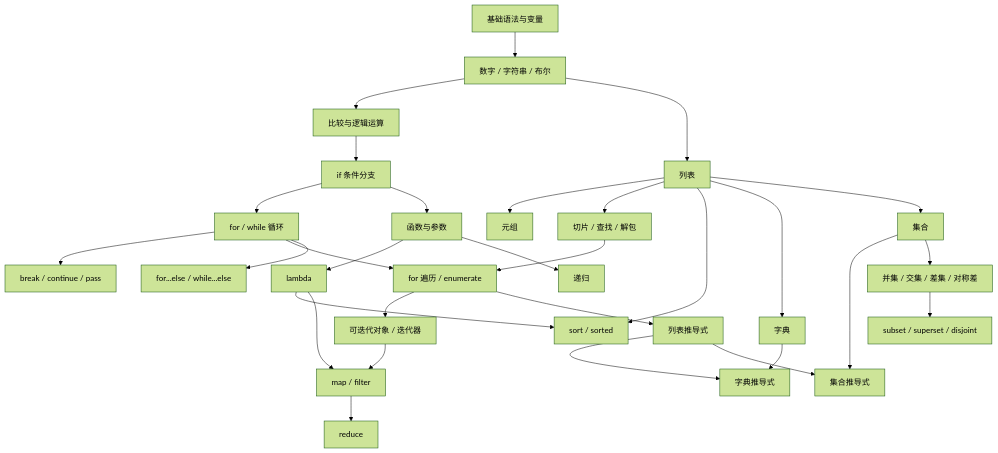
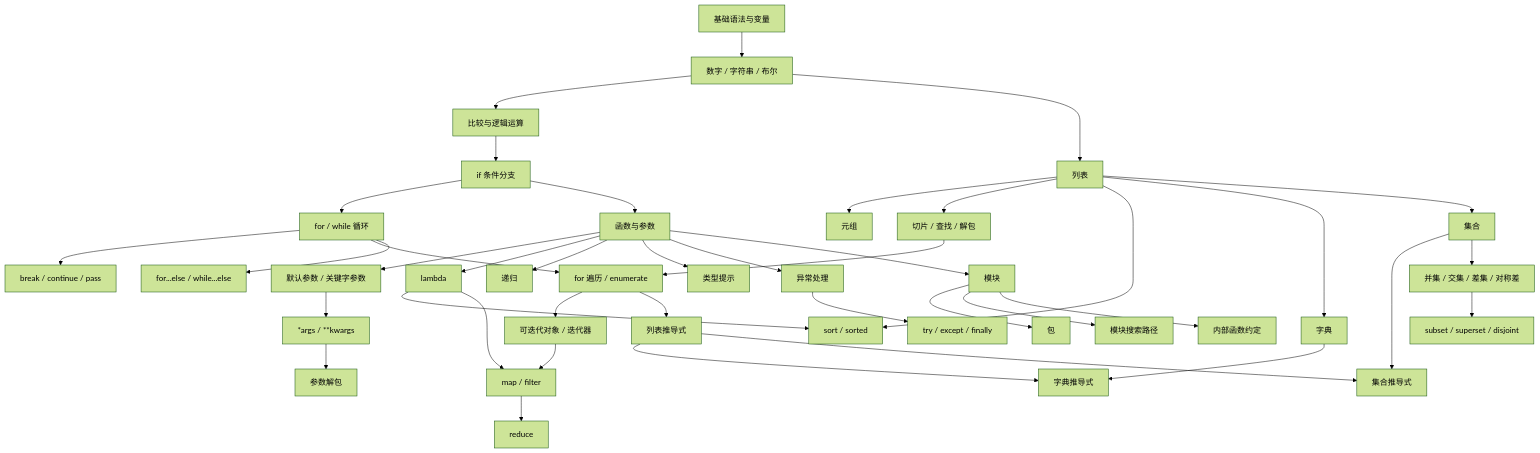
One commit to sakura1tap-afk/ailearn changed the diagram in 01 Python知识图谱.md. Above: the diagram before and after it, drawn with Mermaid (forest theme). The commit also changed other lines of this file, not shown here.

Commit message:
docs: extend knowledge map to Day05

````diff
--- a/01 Python知识图谱.md
+++ b/01 Python知识图谱.md
@@ -12,38 +12,50 @@
 ```mermaid
 flowchart TD
     A[基础语法与变量] --> B[数字 / 字符串 / 布尔]
     B --> C[比较与逻辑运算]
     C --> D[if 条件分支]
     D --> E[for / while 循环]
     E --> F[break / continue / pass]
 
     D --> G[函数与参数]
-    G --> H[lambda]
-    G --> I[递归]
+    G --> H[默认参数 / 关键字参数]
+    H --> I[*args / **kwargs]
+    I --> J[参数解包]
+    G --> K[lambda]
+    G --> L[递归]
+    G --> M[类型提示]
 
-    B --> J[列表]
-    J --> K[元组]
-    J --> L[切片 / 查找 / 解包]
-    E --> M[for 遍历 / enumerate]
-    L --> M
-    M --> N[可迭代对象 / 迭代器]
+    B --> N[列表]
+    N --> O[元组]
+    N --> P[切片 / 查找 / 解包]
+    E --> Q[for 遍历 / enumerate]
+    P --> Q
+    Q --> R[可迭代对象 / 迭代器]
 
-    H --> O[sort / sorted]
-    J --> O
-    H --> P[map / filter]
-    N --> P
-    P --> Q[reduce]
-    M --> R[列表推导式]
+    K --> S[sort / sorted]
+    N --> S
+    K --> T[map / filter]
+    R --> T
+    T --> U[reduce]
+    Q --> V[列表推导式]
 
-    J --> S[字典]
-    R --> T[字典推导式]
-    S --> T
+    N --> W[字典]
+    V --> X[字典推导式]
+    W --> X
 
-    J --> U[集合]
-    R --> V[集合推导式]
-    U --> V
-    U --> W[并集 / 交集 / 差集 / 对称差]
-    W --> X[subset / superset / disjoint]
+    N --> Y[集合]
+    V --> Z[集合推导式]
+    Y --> Z
+    Y --> AA[并集 / 交集 / 差集 / 对称差]
+    AA --> AB[subset / superset / disjoint]
 
-    E --> Y[for...else / while...else]
+    E --> AC[for...else / while...else]
+
+    G --> AD[异常处理]
+    AD --> AE[try / except / finally]
+
+    G --> AF[模块]
+    AF --> AG[包]
+    AF --> AH[模块搜索路径]
+    AF --> AI[内部函数约定]
 ```
````
